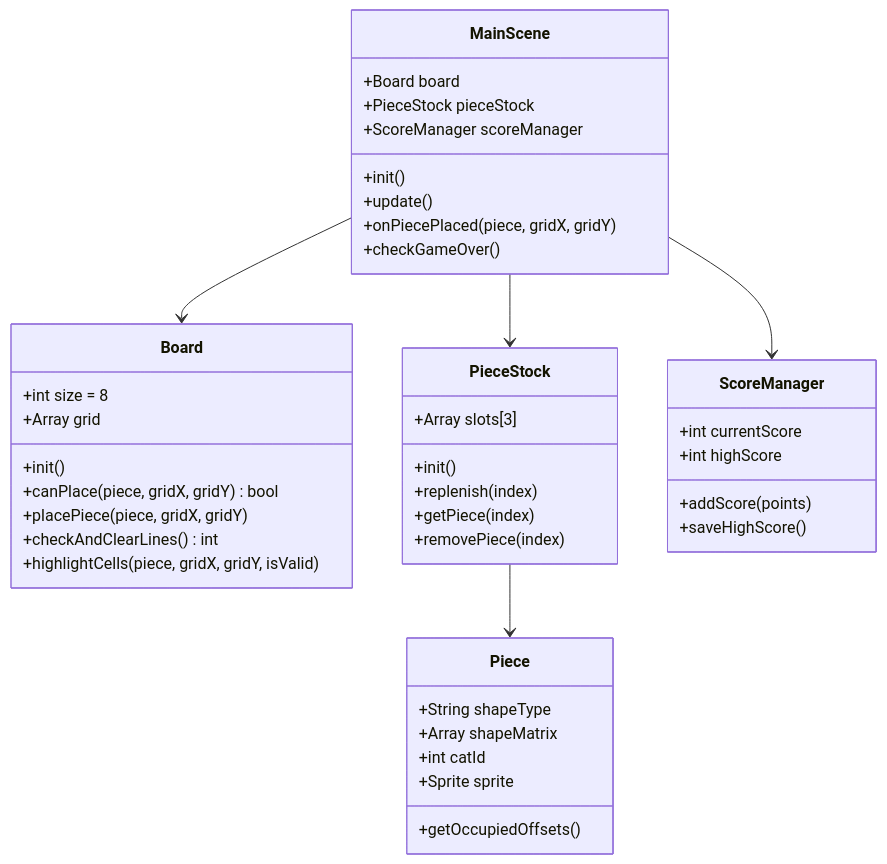
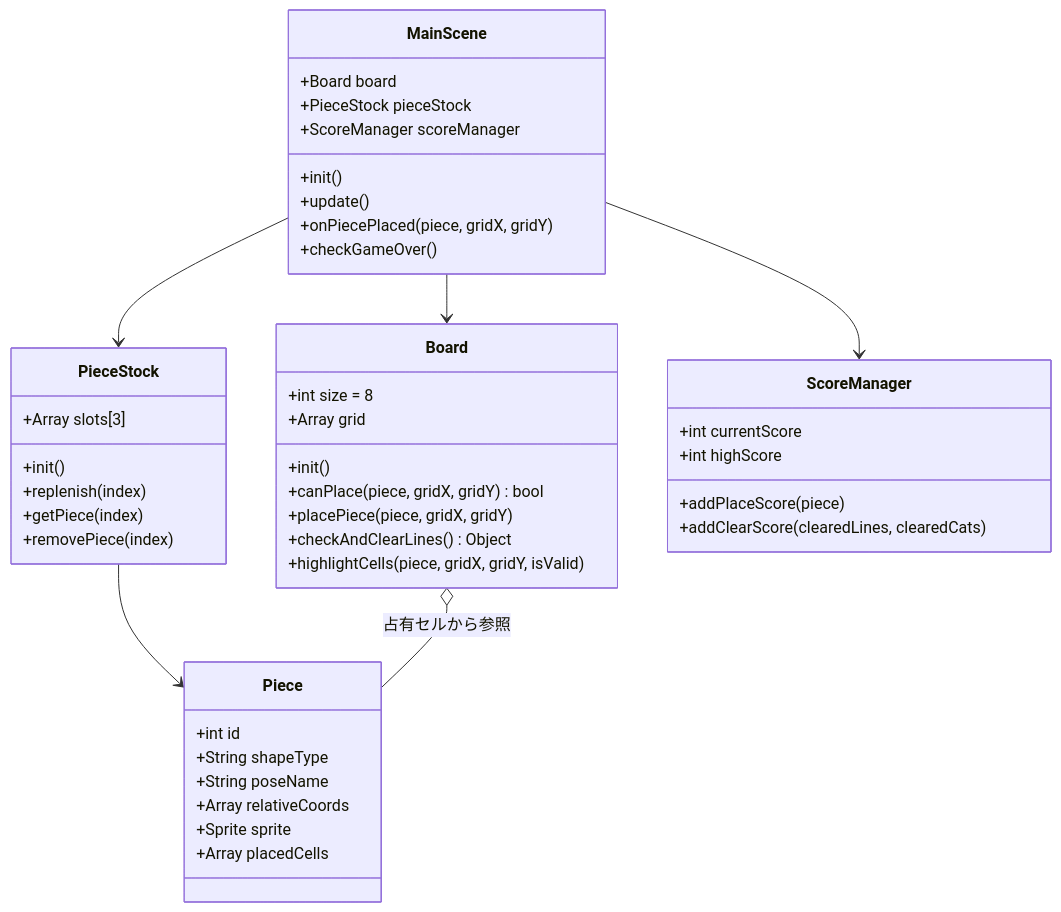
Before and after one commit to yy-str-dev/NekoTileGame: the first of 2 diagrams in doc/design.md, drawn with Mermaid. The commit also changed other lines of this file, not shown here.

````diff
--- a/doc/design.md
+++ b/doc/design.md
@@ -88,50 +114,52 @@
 ```mermaid
 classDiagram
     class MainScene {
         +Board board
         +PieceStock pieceStock
         +ScoreManager scoreManager
         +init()
         +update()
         +onPiecePlaced(piece, gridX, gridY)
         +checkGameOver()
     }
 
     class Board {
         +int size = 8
         +Array grid
         +init()
         +canPlace(piece, gridX, gridY) bool
         +placePiece(piece, gridX, gridY)
-        +checkAndClearLines() int
+        +checkAndClearLines() Object
         +highlightCells(piece, gridX, gridY, isValid)
     }
 
     class PieceStock {
         +Array slots[3]
         +init()
         +replenish(index)
         +getPiece(index)
         +removePiece(index)
     }
 
     class Piece {
+        +int id
         +String shapeType
-        +Array shapeMatrix
-        +int catId
+        +String poseName
+        +Array relativeCoords
         +Sprite sprite
-        +getOccupiedOffsets()
+        +Array placedCells
     }
 
     class ScoreManager {
         +int currentScore
         +int highScore
-        +addScore(points)
-        +saveHighScore()
+        +addPlaceScore(piece)
+        +addClearScore(clearedLines, clearedCats)
     }
 
     MainScene --> Board
     MainScene --> PieceStock
     MainScene --> ScoreManager
     PieceStock --> Piece
+    Board o-- Piece : 占有セルから参照
 ```
````
